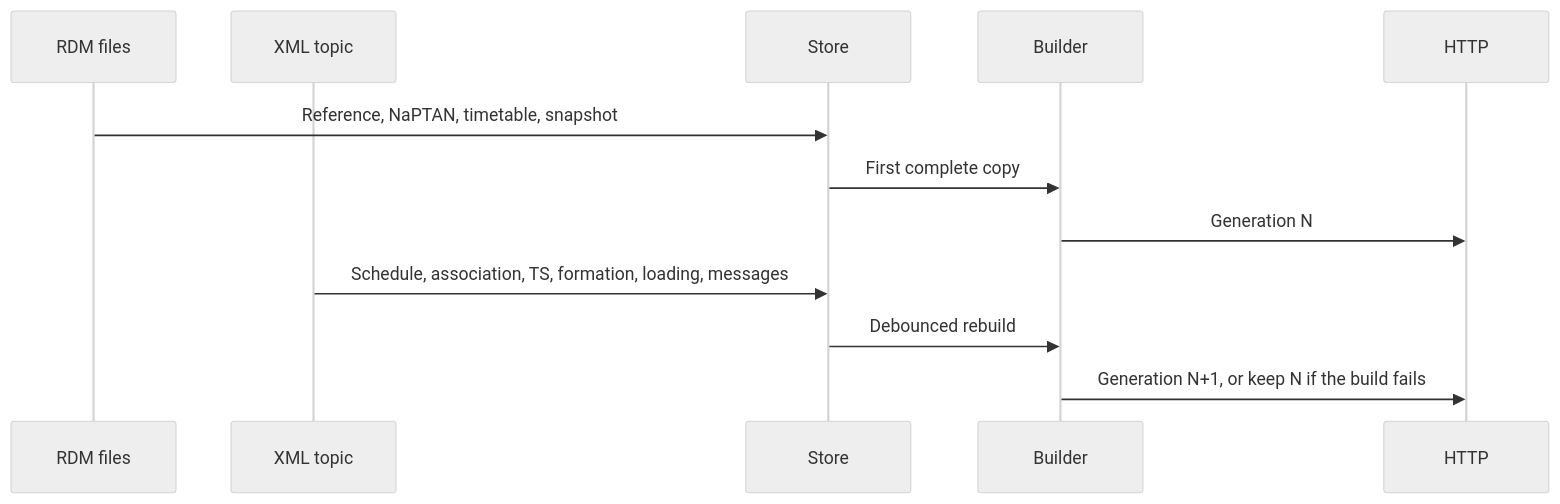
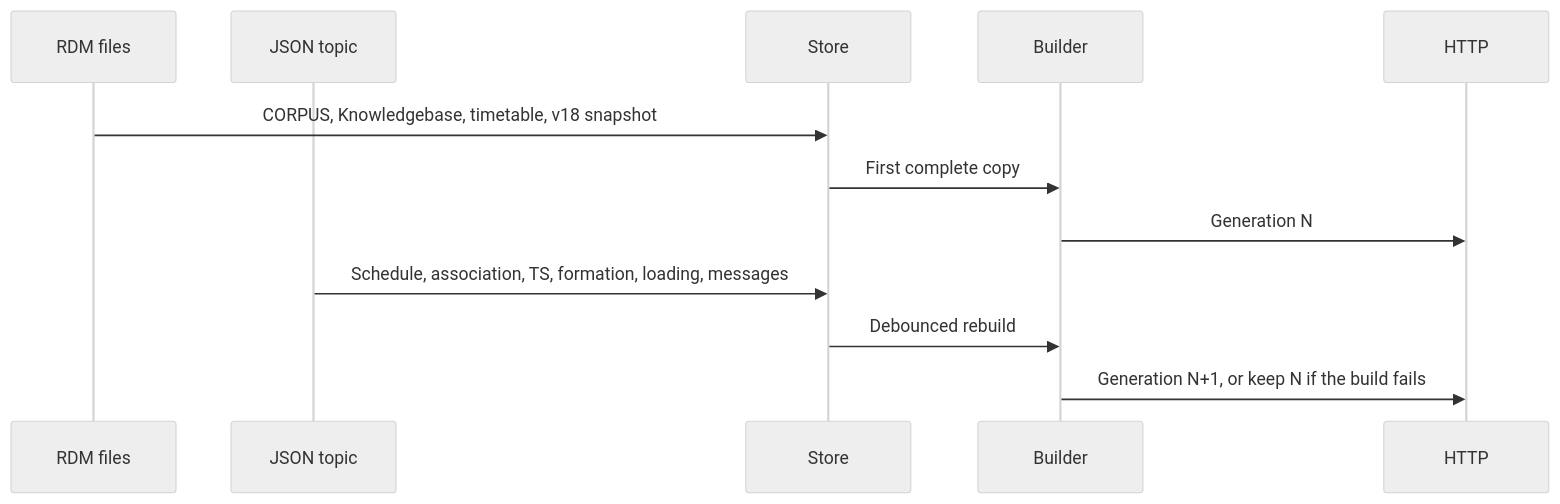
One commit to sohampatwardhan/NationalRailGB-GTFS-RT changed the second of 2 diagrams in docs/superpowers/specs/2026-11-20-darwin-gtfs-rt-design.md. Above: the diagram before and after it, drawn with Mermaid (neutral theme). The commit also changed other lines of this file and 3 other files, not shown here.

````diff
--- a/docs/superpowers/specs/2026-11-20-darwin-gtfs-rt-design.md
+++ b/docs/superpowers/specs/2026-11-20-darwin-gtfs-rt-design.md
@@ -108,14 +121,14 @@
 ```mermaid
 sequenceDiagram
   participant R as RDM files
-  participant K as XML topic
+  participant K as JSON topic
   participant S as Store
   participant G as Builder
   participant H as HTTP
-  R->>S: Reference, NaPTAN, timetable, snapshot
+  R->>S: CORPUS, Knowledgebase, timetable, v18 snapshot
   S->>G: First complete copy
   G->>H: Generation N
   K->>S: Schedule, association, TS, formation, loading, messages
   S->>G: Debounced rebuild
   G->>H: Generation N+1, or keep N if the build fails
 ```
````
